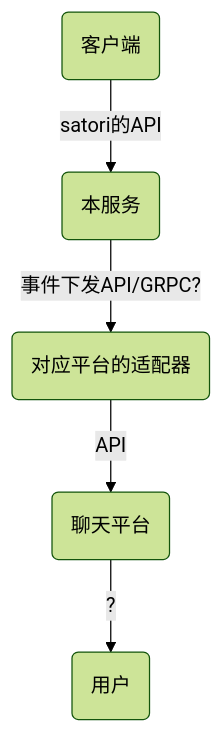
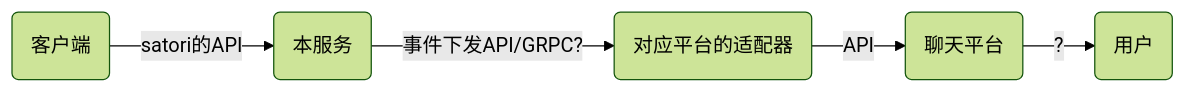
Before and after one commit to satori-protocol-go/satori-server-go: the second of 2 diagrams in README.md, drawn with Mermaid (forest theme).

````diff
--- a/README.md
+++ b/README.md
@@ -15,7 +15,7 @@
 ```mermaid
-graph TD;
+graph LR;
     Client(客户端)--satori的API-->Server(本服务);
     Server--事件下发API/GRPC?-->Adaptor(对应平台的适配器);
     Adaptor--API-->Chat(聊天平台);
     Chat--?-->User(用户)
 ```
````
